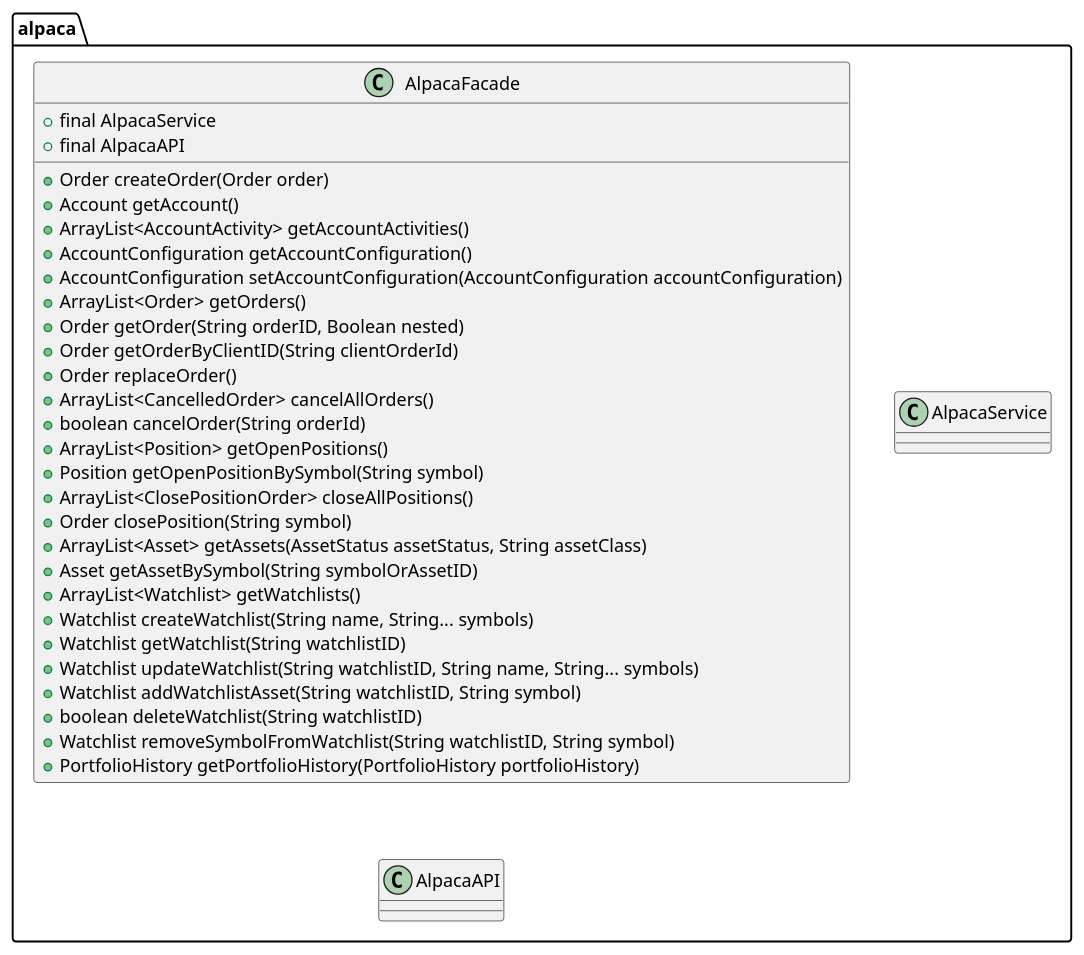
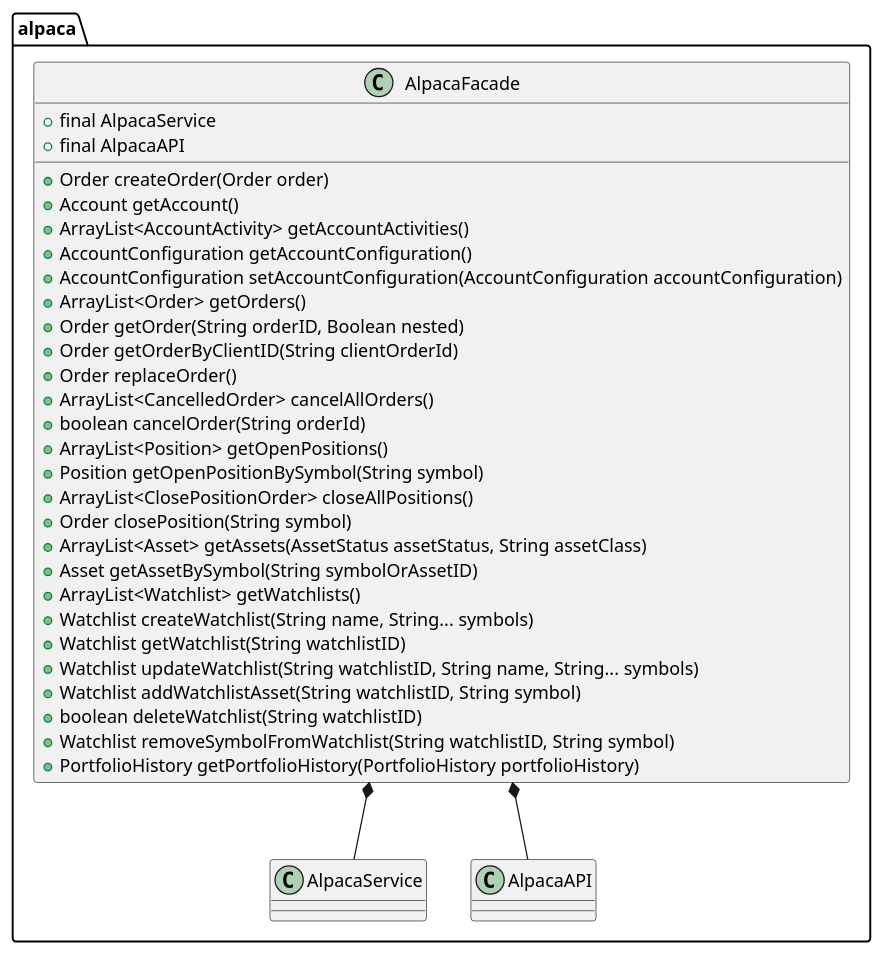
The diagram in backend/diagram/class/AlpacaPackage.puml (DPigeon/Money-Tree), drawn with PlantUML before and after one commit.

Commit message:
Issue #63: addition of composition relationship

```diff
--- a/backend/diagram/class/AlpacaPackage.puml
+++ b/backend/diagram/class/AlpacaPackage.puml
@@ -1,44 +1,47 @@
 @startuml
 
 package alpaca {
     class AlpacaFacade {
         +final AlpacaService
         +final AlpacaAPI
 
         +Order createOrder(Order order)
         +Account getAccount()
         +ArrayList<AccountActivity> getAccountActivities()
         +AccountConfiguration getAccountConfiguration()
         +AccountConfiguration setAccountConfiguration(AccountConfiguration accountConfiguration)
         +ArrayList<Order> getOrders()
         +Order getOrder(String orderID, Boolean nested)
         +Order getOrderByClientID(String clientOrderId)
         +Order replaceOrder()
         +ArrayList<CancelledOrder> cancelAllOrders()
         +boolean cancelOrder(String orderId)
         +ArrayList<Position> getOpenPositions()
         +Position getOpenPositionBySymbol(String symbol)
         +ArrayList<ClosePositionOrder> closeAllPositions()
         +Order closePosition(String symbol)
         +ArrayList<Asset> getAssets(AssetStatus assetStatus, String assetClass)
         +Asset getAssetBySymbol(String symbolOrAssetID)
         +ArrayList<Watchlist> getWatchlists()
         +Watchlist createWatchlist(String name, String... symbols)
         +Watchlist getWatchlist(String watchlistID)
         +Watchlist updateWatchlist(String watchlistID, String name, String... symbols)
         +Watchlist addWatchlistAsset(String watchlistID, String symbol)
         +boolean deleteWatchlist(String watchlistID)
         +Watchlist removeSymbolFromWatchlist(String watchlistID, String symbol)
         +PortfolioHistory getPortfolioHistory(PortfolioHistory portfolioHistory)
     }
 
     class AlpacaService {
 
     }
 
     class AlpacaAPI {
 
     }
 }
 
+AlpacaFacade *-- AlpacaService
+AlpacaFacade *-- AlpacaAPI
+
 @enduml
```
